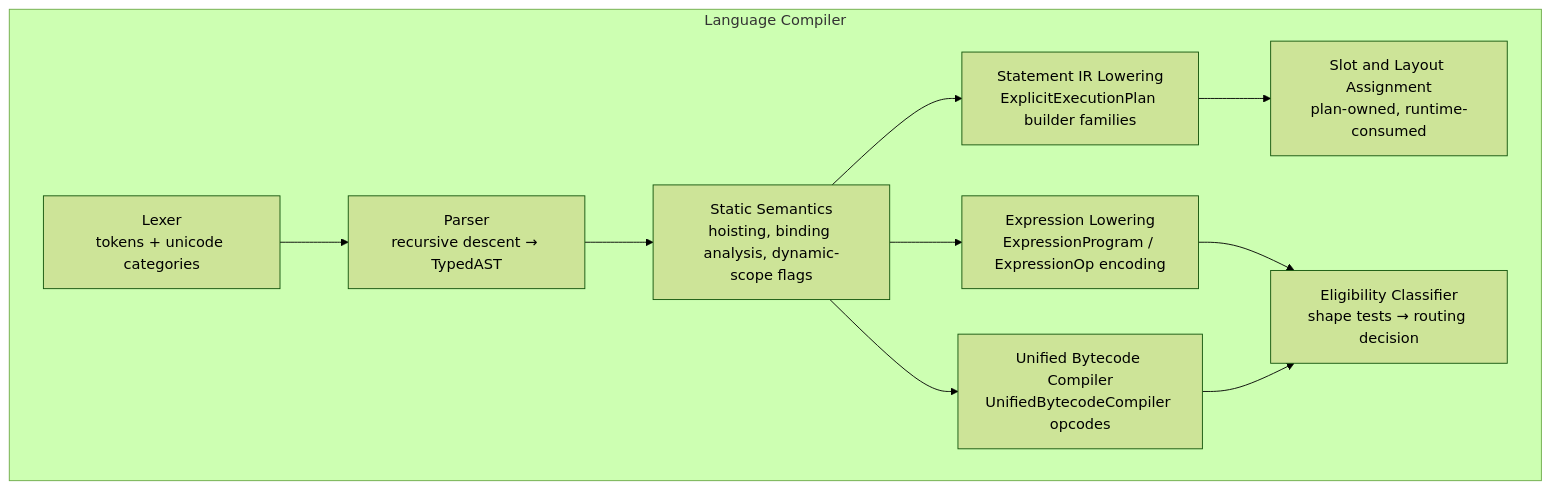
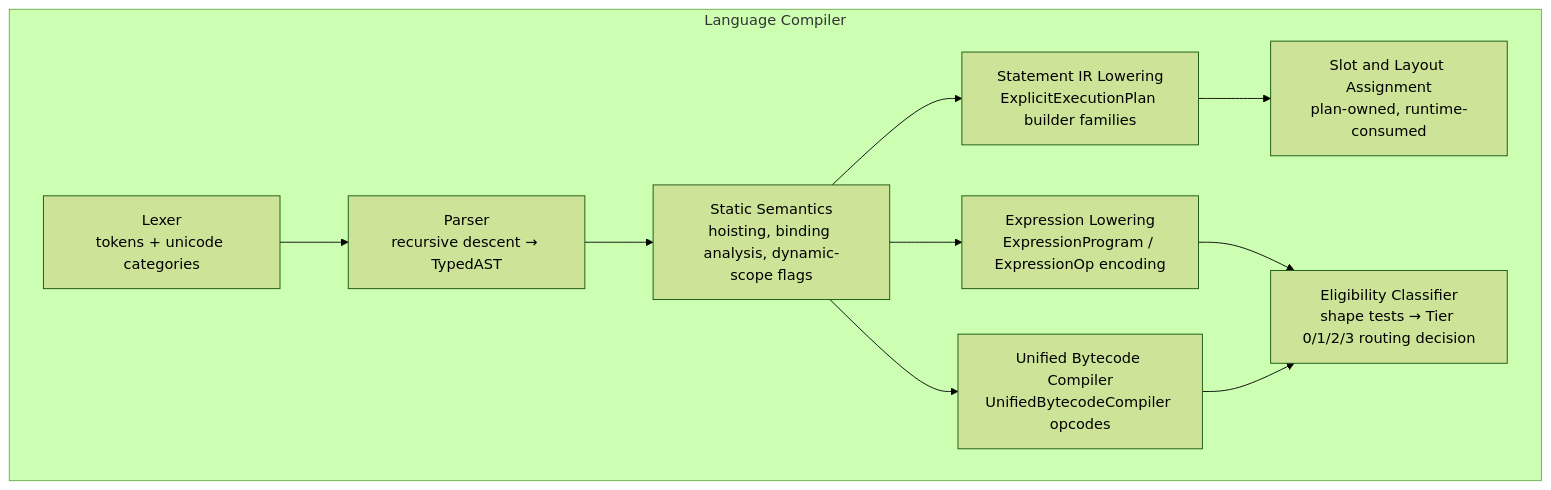
One commit to asynkron/Asynkron.JsEngine changed diagram 12 of 14 in docs/dreaming.md. Above: the diagram before and after it, drawn with Mermaid (forest theme). The commit also changed other lines of this file, not shown here.

First line of the commit message:
docs: improve Asynkron.JsEngine dreaming.md with 4-tier execution model

````diff
--- a/docs/dreaming.md
+++ b/docs/dreaming.md
@@ -350,18 +465,18 @@
 ```mermaid
 flowchart TD
     subgraph LC["Language Compiler"]
         LEX[Lexer\ntokens + unicode categories]
         PAR[Parser\nrecursive descent → TypedAST]
         SSM[Static Semantics\nhoisting, binding analysis, dynamic-scope flags]
         SLW[Statement IR Lowering\nExplicitExecutionPlan builder families]
         ELW[Expression Lowering\nExpressionProgram / ExpressionOp encoding]
         UBC[Unified Bytecode Compiler\nUnifiedBytecodeCompiler opcodes]
-        ELC[Eligibility Classifier\nshape tests → routing decision]
+        ELC[Eligibility Classifier\nshape tests → Tier 0/1/2/3 routing decision]
         SLA[Slot and Layout Assignment\nplan-owned, runtime-consumed]
     end
 
     LEX --> PAR --> SSM
     SSM --> SLW --> SLA
     SSM --> ELW --> ELC
     SSM --> UBC --> ELC
 ```
````
